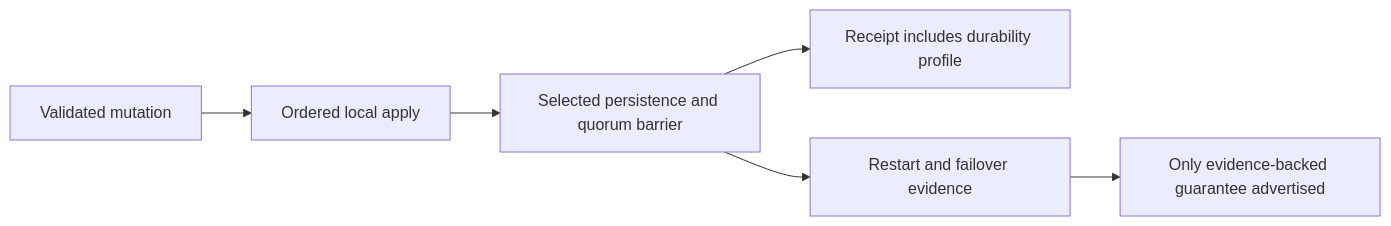
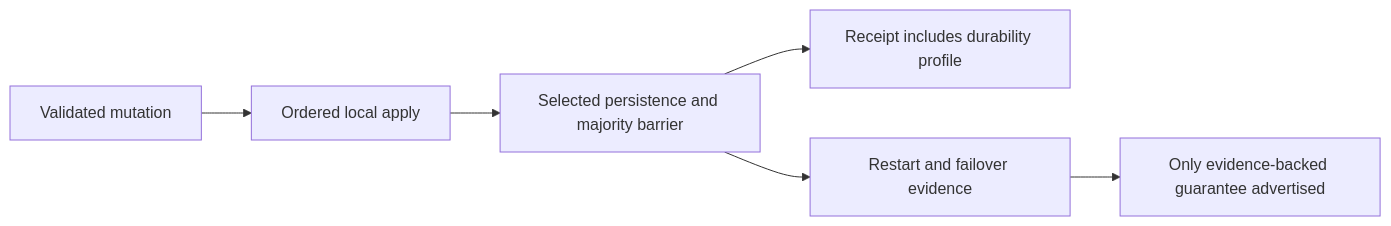
One commit to managedcode/KeyLoad changed the diagram in docs/ADR/ADR-003-durability-ack-barrier.md. Above: the diagram before and after it, drawn with Mermaid. The commit also changed other lines of this file and 271 other files, not shown here.

````diff
--- a/docs/ADR/ADR-003-durability-ack-barrier.md
+++ b/docs/ADR/ADR-003-durability-ack-barrier.md
@@ -27,8 +27,8 @@
 ```mermaid
 flowchart LR
     Mutation[Validated mutation] --> Ordered[Ordered local apply]
-    Ordered --> Barrier[Selected persistence and quorum barrier]
+    Ordered --> Barrier[Selected persistence and majority barrier]
     Barrier --> Receipt[Receipt includes durability profile]
     Barrier --> Recovery[Restart and failover evidence]
     Recovery --> Claim[Only evidence-backed guarantee advertised]
 ```
````
